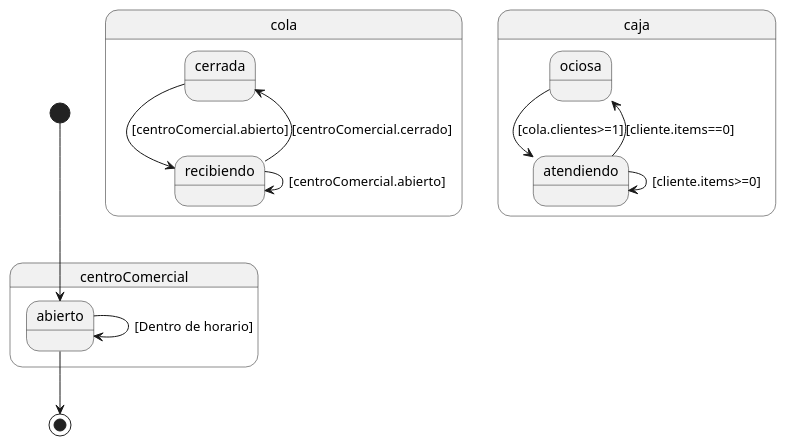
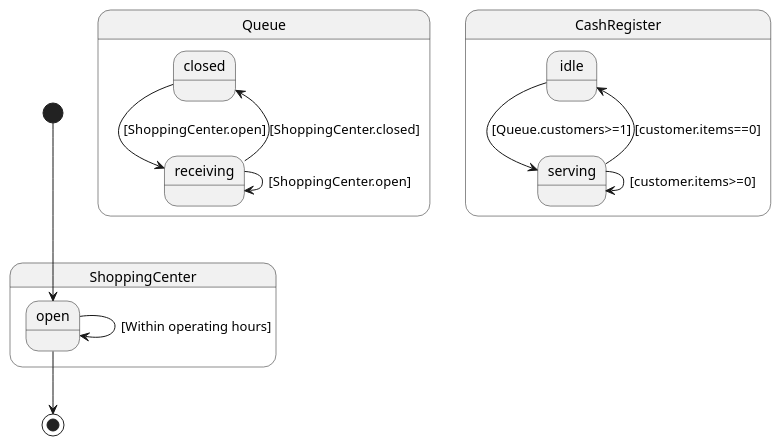
Before and after one commit to mmasias/pyCCCF: the diagram in modelosUML/MdD.de.puml, drawn with PlantUML. The commit also changed 5 other files, not shown here.

```diff
--- a/modelosUML/MdD.de.puml
+++ b/modelosUML/MdD.de.puml
@@ -1,18 +1,18 @@
-state centroComercial {
-    abierto --> abierto : [Dentro de horario]
+state ShoppingCenter {
+    open --> open : [Within operating hours]
 }
 
-[*] --> abierto
-abierto --> [*]
+[*] --> open
+open --> [*]
 
-state cola {
-    cerrada --> recibiendo: [centroComercial.abierto]
-    recibiendo --> recibiendo: [centroComercial.abierto]
-    recibiendo --> cerrada: [centroComercial.cerrado]
+state Queue {
+    closed --> receiving: [ShoppingCenter.open]
+    receiving --> receiving: [ShoppingCenter.open]
+    receiving --> closed: [ShoppingCenter.closed]
 }
 
-state caja {
-    ociosa --> atendiendo:[cola.clientes>=1]
-    atendiendo --> atendiendo:[cliente.items>=0]
-    atendiendo --> ociosa:[cliente.items==0]
+state CashRegister {
+    idle --> serving:[Queue.customers>=1]
+    serving --> serving:[customer.items>=0]
+    serving --> idle:[customer.items==0]
 }
```
